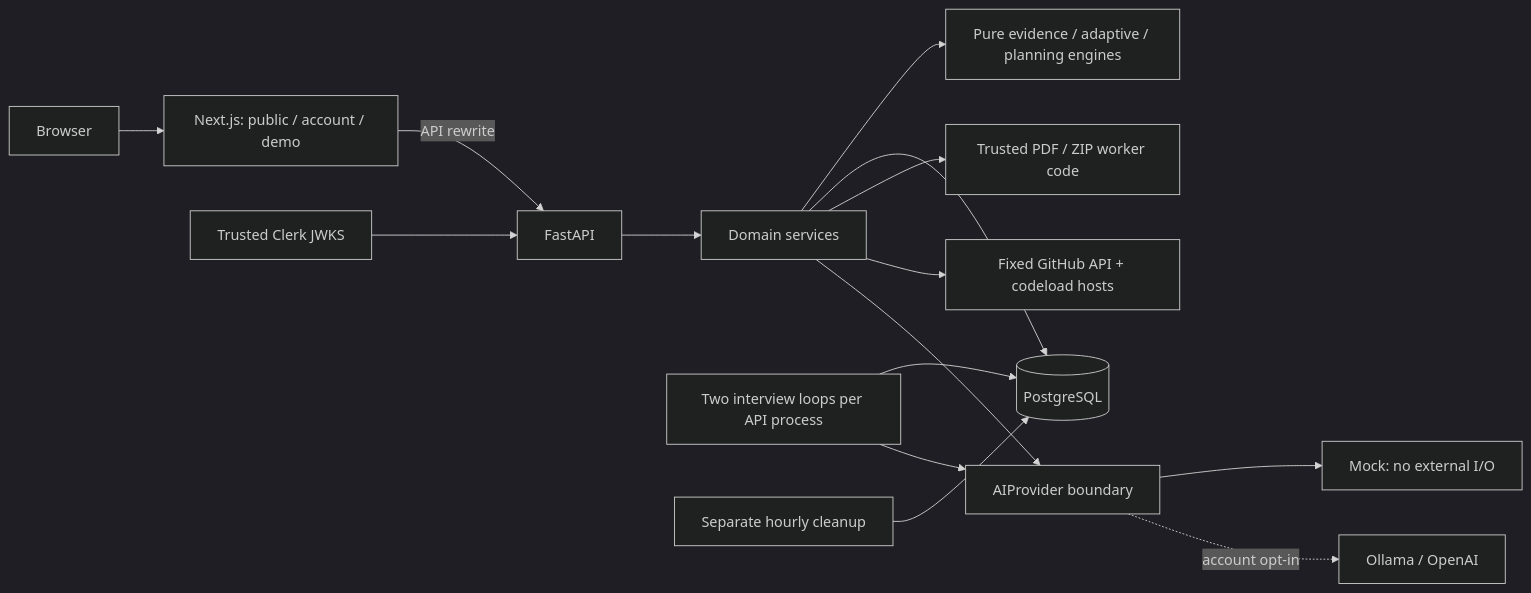
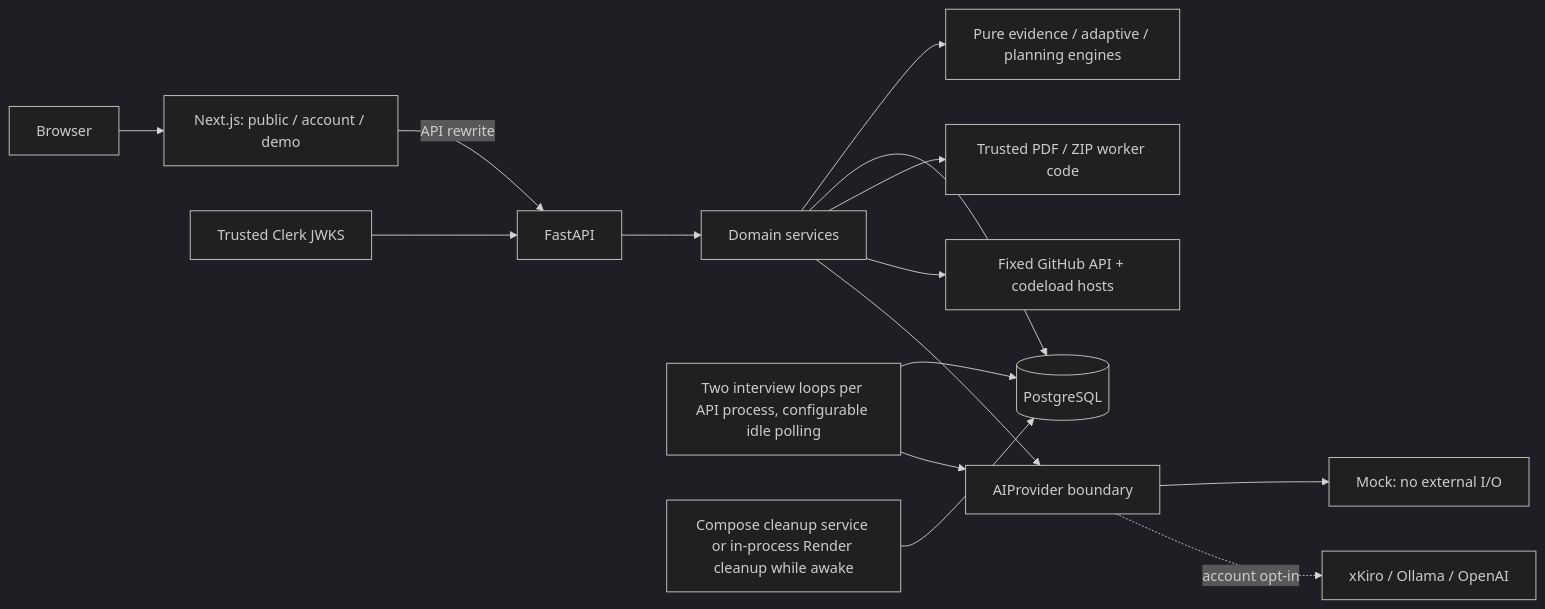
Before and after one commit to icyshimakaze/interview_prep_AI: the first of 2 diagrams in docs/ARCHITECTURE.md, drawn with Mermaid (dark theme). The commit also changed other lines of this file and 139 other files, not shown here.

````diff
--- a/docs/ARCHITECTURE.md
+++ b/docs/ARCHITECTURE.md
@@ -15,17 +15,17 @@
 ```mermaid
 flowchart LR
     B[Browser] --> N[Next.js: public / account / demo]
     N -->|API rewrite| F[FastAPI]
     J[Trusted Clerk JWKS] --> F
     F --> S[Domain services]
     S --> E[Pure evidence / adaptive / planning engines]
     S --> P[(PostgreSQL)]
     S --> R[Trusted PDF / ZIP worker code]
     S --> G[Fixed GitHub API + codeload hosts]
     S --> A[AIProvider boundary]
-    W[Two interview loops per API process] --> P
+    W[Two interview loops per API process, configurable idle polling] --> P
     W --> A
     A --> M[Mock: no external I/O]
-    A -. account opt-in .-> O[Ollama / OpenAI]
-    C[Separate hourly cleanup] --> P
+    A -. account opt-in .-> O[xKiro / Ollama / OpenAI]
+    C[Compose cleanup service or in-process Render cleanup while awake] --> P
 ```
````
